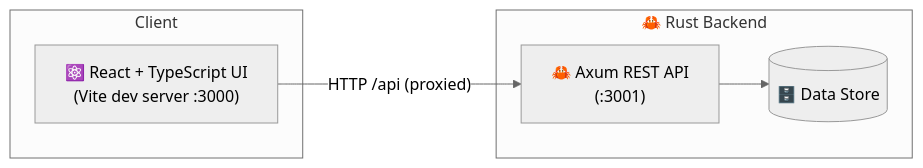
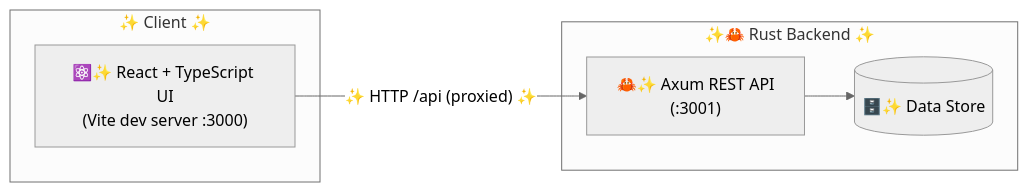
The first of 2 diagrams in README.md (leachj/test), drawn with Mermaid (neutral theme) before and after one commit. The commit also changed other lines of this file, not shown here.

Commit message:
docs: add more sparkles to diagram labels

````diff
--- a/README.md
+++ b/README.md
@@ -19,14 +19,14 @@
 ```mermaid
 flowchart LR
-    subgraph Client
-        UI["⚛️ React + TypeScript UI\n(Vite dev server :3000)"]
+    subgraph Client["✨ Client ✨"]
+        UI["⚛️✨ React + TypeScript UI\n(Vite dev server :3000)"]
     end
 
-    subgraph Server["🦀 Rust Backend"]
-        API["🦀 Axum REST API\n(:3001)"]
-        DB[("🗄️ Data Store")]
+    subgraph Server["✨🦀 Rust Backend ✨"]
+        API["🦀✨ Axum REST API\n(:3001)"]
+        DB[("🗄️✨ Data Store")]
         API --> DB
     end
 
-    UI -- "HTTP /api (proxied)" --> API
+    UI -- "✨ HTTP /api (proxied) ✨" --> API
 ```
````
